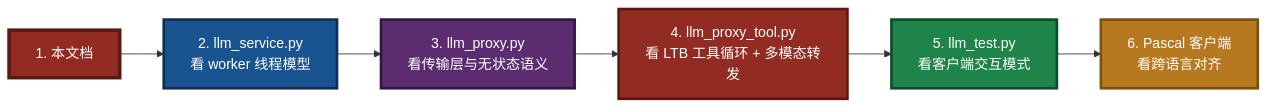
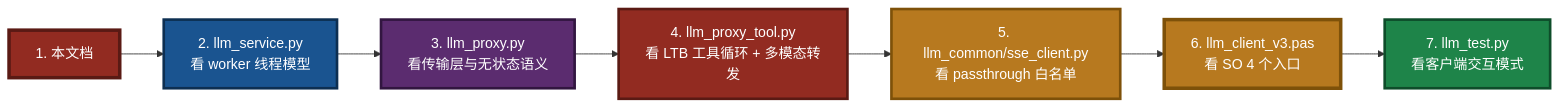
The seventh of 7 diagrams in src/LingoFuse_LLM_Pitfalls_For_AI.md (PassByYou888/LingoFuse-pasAgent-v3), drawn with Mermaid before and after one commit. The commit also changed other lines of this file, not shown here.

````diff
--- a/src/LingoFuse_LLM_Pitfalls_For_AI.md
+++ b/src/LingoFuse_LLM_Pitfalls_For_AI.md
@@ -1647,15 +2743,17 @@
 ```mermaid
 flowchart LR
     R1["1. 本文档"] --> R2["2. llm_service.py<br/>看 worker 线程模型"]
     R2 --> R3["3. llm_proxy.py<br/>看传输层与无状态语义"]
     R3 --> R4["4. llm_proxy_tool.py<br/>看 LTB 工具循环 + 多模态转发"]
-    R4 --> R5["5. llm_test.py<br/>看客户端交互模式"]
-    R5 --> R6["6. Pascal 客户端<br/>看跨语言对齐"]
+    R4 --> R5["5. llm_common/sse_client.py<br/>看 passthrough 白名单"]
+    R5 --> R6["6. llm_client_v3.pas<br/>看 SO 4 个入口"]
+    R6 --> R7["7. llm_test.py<br/>看客户端交互模式"]
 
     style R1 fill:#922B21,stroke:#5A1A14,stroke-width:4px,color:#FFFFFF
     style R2 fill:#1A5490,stroke:#0D2F52,stroke-width:3px,color:#FFFFFF
     style R3 fill:#5B2C6F,stroke:#321640,stroke-width:3px,color:#FFFFFF
     style R4 fill:#922B21,stroke:#5A1A14,stroke-width:3px,color:#FFFFFF
-    style R5 fill:#1E8449,stroke:#0E4D2A,stroke-width:3px,color:#FFFFFF
-    style R6 fill:#B7791F,stroke:#7E5109,stroke-width:3px,color:#FFFFFF
+    style R5 fill:#B7791F,stroke:#7E5109,stroke-width:3px,color:#FFFFFF
+    style R6 fill:#B7791F,stroke:#7E5109,stroke-width:4px,color:#FFFFFF
+    style R7 fill:#1E8449,stroke:#0E4D2A,stroke-width:3px,color:#FFFFFF
 ```
````
